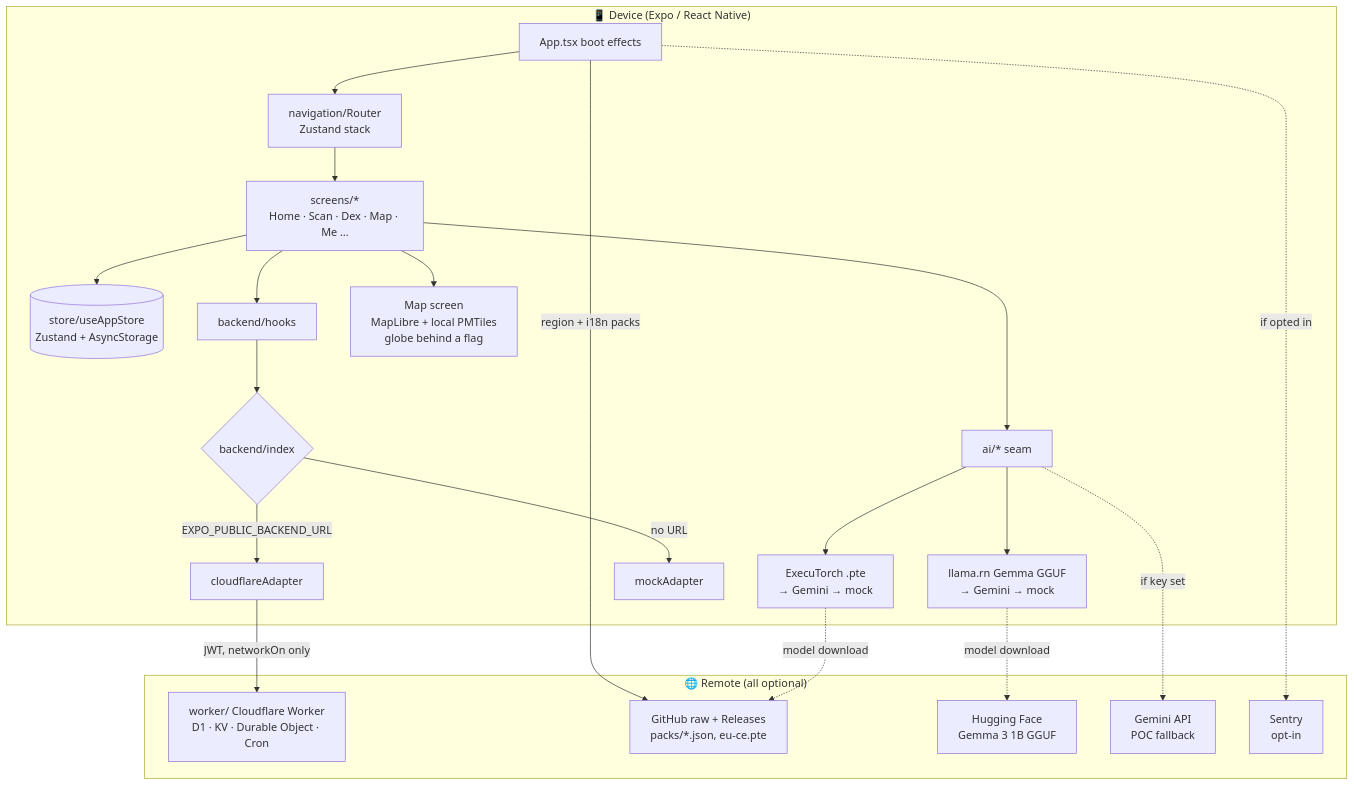
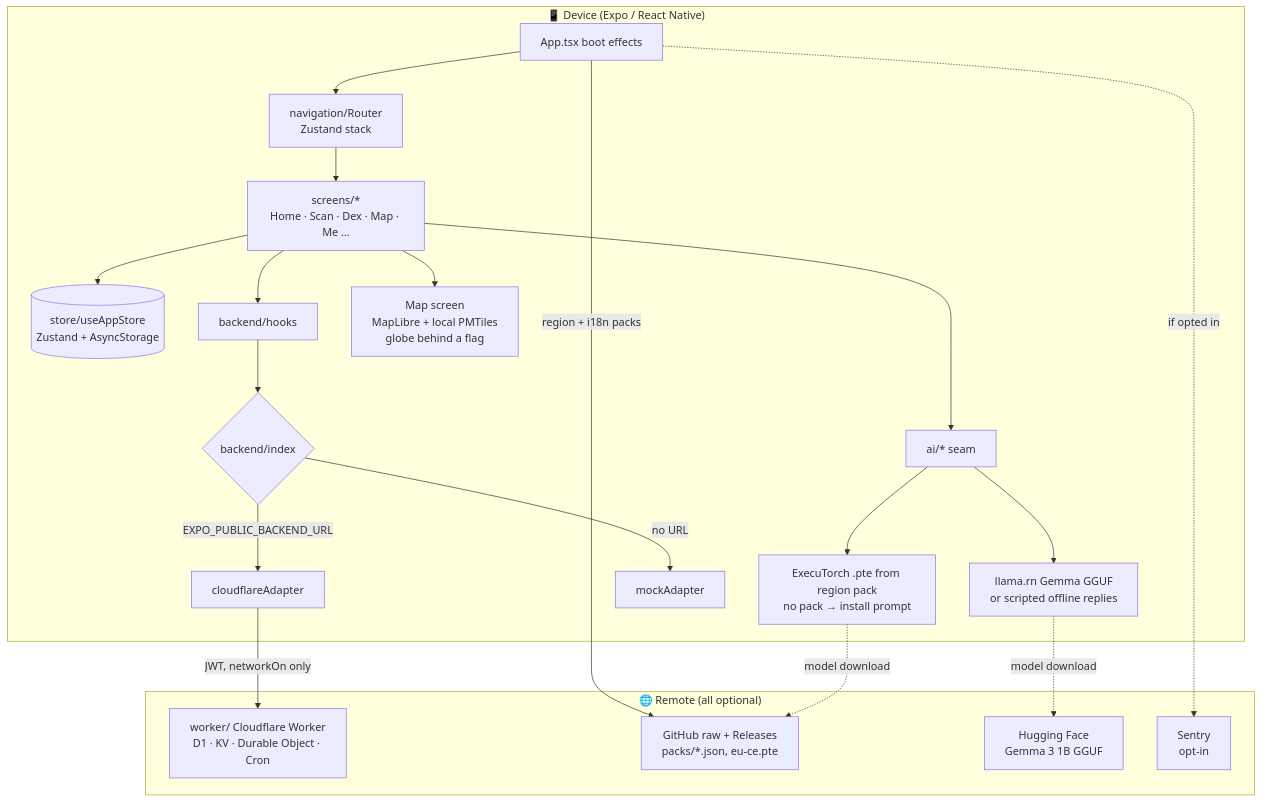
Before and after one commit to krzysztofradomski/critterboard: the diagram in docs/architecture.md, drawn with Mermaid. The commit also changed other lines of this file and 32 other files, not shown here.

First line of the commit message:
Remove cloud Gemini: chat and vision are on-device only

````diff
--- a/docs/architecture.md
+++ b/docs/architecture.md
@@ -11,31 +11,29 @@
 ```mermaid
 flowchart TB
   subgraph Device["📱 Device (Expo / React Native)"]
     App[App.tsx boot effects] --> Router[navigation/Router<br/>Zustand stack]
     Router --> Screens[screens/*<br/>Home · Scan · Dex · Map · Me …]
     Screens --> Store[(store/useAppStore<br/>Zustand + AsyncStorage)]
     Screens --> AI[ai/* seam]
     Screens --> Hooks[backend/hooks]
-    AI --> Vision[ExecuTorch .pte<br/>→ Gemini → mock]
-    AI --> Chat[llama.rn Gemma GGUF<br/>→ Gemini → mock]
+    AI --> Vision[ExecuTorch .pte from region pack<br/>no pack → install prompt]
+    AI --> Chat[llama.rn Gemma GGUF<br/>or scripted offline replies]
     Hooks --> Adapter{backend/index}
     Adapter -->|no URL| Mock[mockAdapter]
     Adapter -->|EXPO_PUBLIC_BACKEND_URL| CF[cloudflareAdapter]
     Screens --> Map[Map screen<br/>MapLibre + local PMTiles<br/>globe behind a flag]
   end
 
   subgraph Remote["🌐 Remote (all optional)"]
     Worker[worker/ Cloudflare Worker<br/>D1 · KV · Durable Object · Cron]
     GH[GitHub raw + Releases<br/>packs/*.json, eu-ce.pte]
     HF[Hugging Face<br/>Gemma 3 1B GGUF]
-    Gemini[Gemini API<br/>POC fallback]
     Sentry[Sentry<br/>opt-in]
   end
 
   CF -->|JWT, networkOn only| Worker
   App -->|region + i18n packs| GH
   Vision -. model download .-> GH
   Chat -. model download .-> HF
-  AI -. if key set .-> Gemini
   App -. if opted in .-> Sentry
 ```
````
